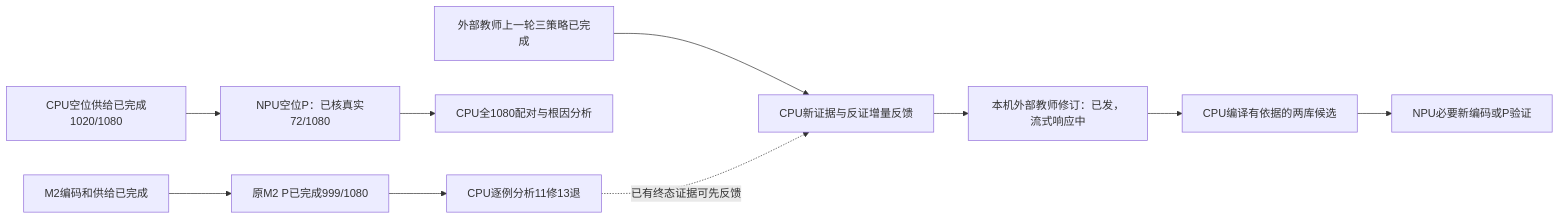
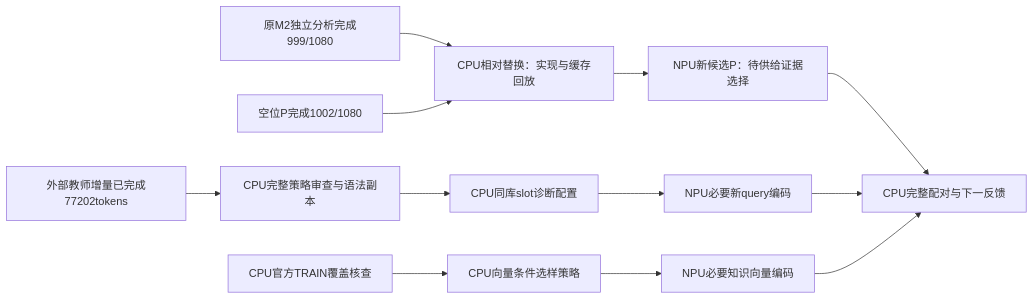
Before and after one commit to chaosxingxc-orion/omni: the diagram in docs/decisions/TFRL-Execution-DAG.md, drawn with Mermaid. The commit also changed other lines of this file and 8 other files, not shown here.

````diff
--- a/docs/decisions/TFRL-Execution-DAG.md
+++ b/docs/decisions/TFRL-Execution-DAG.md
@@ -5,12 +5,14 @@
 ```mermaid
 flowchart LR
- M[M2编码和供给已完成] --> P[原M2 P已完成999/1080]
- P --> A[CPU逐例分析11修13退]
- V[CPU空位供给已完成1020/1080] --> N[NPU空位P：已核真实72/1080]
- N --> R[CPU全1080配对与根因分析]
- T[外部教师上一轮三策略已完成] --> F[CPU新证据与反证增量反馈]
- A -. 已有终态证据可先反馈 .-> F
- F --> E[本机外部教师修订：已发，流式响应中]
- E --> C[CPU编译有依据的两库候选]
- C --> Q[NPU必要新编码或P验证]
+ A[原M2独立分析完成999/1080] --> R[CPU相对替换：实现与缓存回放]
+ V[空位P完成1002/1080] --> R
+ R --> P[NPU新候选P：待供给证据选择]
+ T[外部教师增量已完成77202tokens] --> S[CPU完整策略审查与语法副本]
+ S --> C[CPU同库slot诊断配置]
+ C --> E[NPU必要新query编码]
+ O[CPU官方TRAIN覆盖核查] --> K[CPU向量条件选样策略]
+ K --> B[NPU必要知识向量编码]
+ P --> F[CPU完整配对与下一反馈]
+ E --> F
+ B --> F
 ```
````
